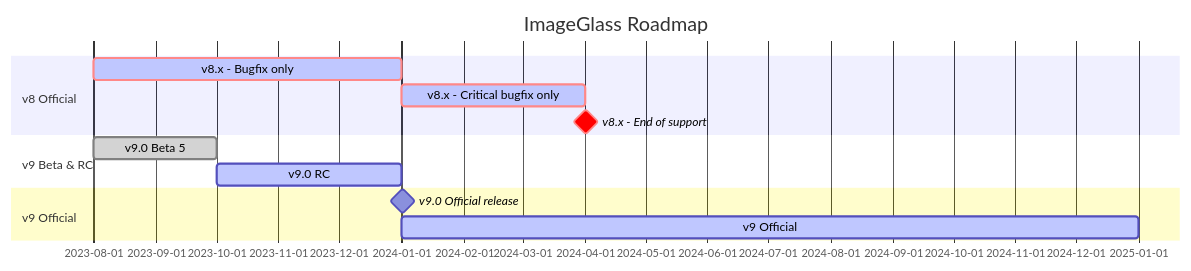
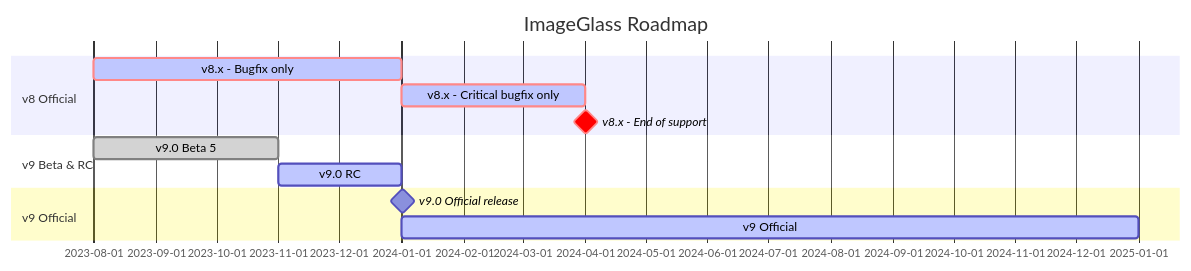
Before and after one commit to d2phap/ImageGlass: the diagram in README.md, drawn with Mermaid. The commit also changed other lines of this file and 3 other files, not shown here.

````diff
--- a/README.md
+++ b/README.md
@@ -38,18 +38,18 @@
 ```mermaid
 gantt
 dateFormat YYYY-MM
 title ImageGlass Roadmap
 
 section v8 Official
 v8.x - Bugfix only             :crit, active, des1, 2023-08,2024-01
 v8.x - Critical bugfix only    :crit, active, des1, 2024-01,2024-04
 v8.x - End of support          :crit, milestone, m1, 2024-04, 1d
 
 section v9 Beta & RC
-v9.0 Beta 5              :done, des2, 2023-08,2023-10
-v9.0 RC                  :active, des2, 2023-10,2024-01
+v9.0 Beta 5              :done, des2, 2023-08,2023-11
+v9.0 RC                  :active, des2, 2023-11,2024-01
 
 section v9 Official
 v9.0 Official release    :milestone, m1, 2024-01, 1d
 v9 Official              :active, des2, 2024-01,2025-01
 ```
````
